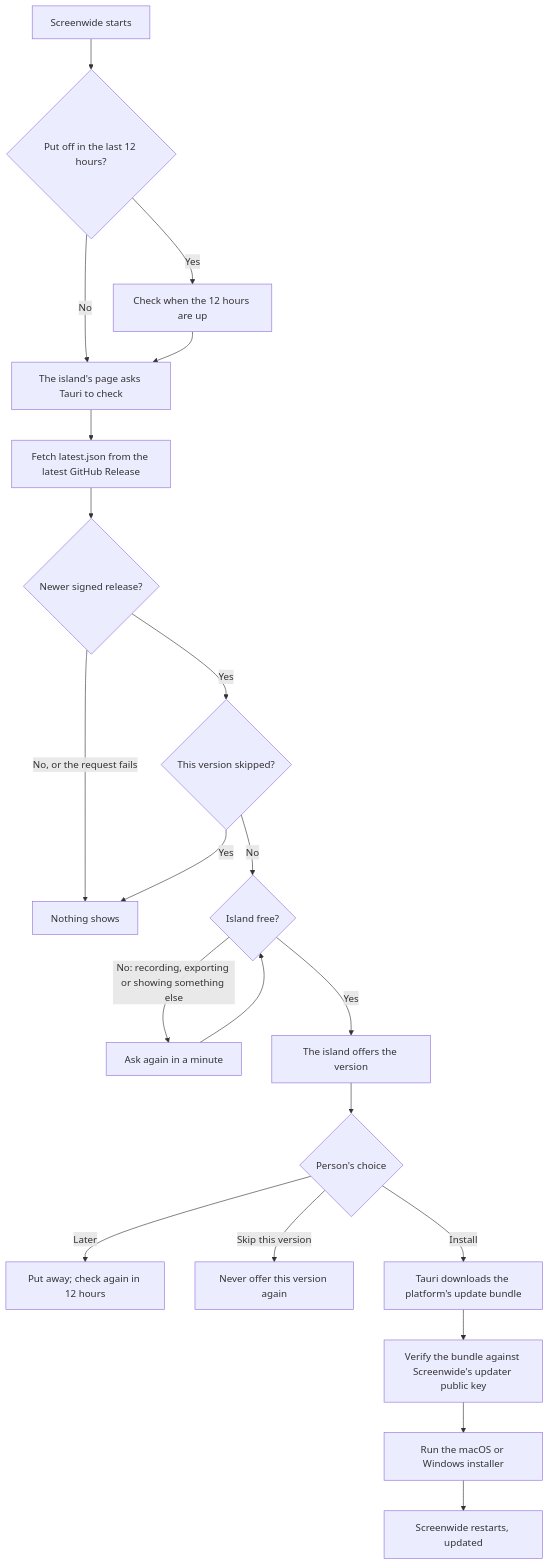
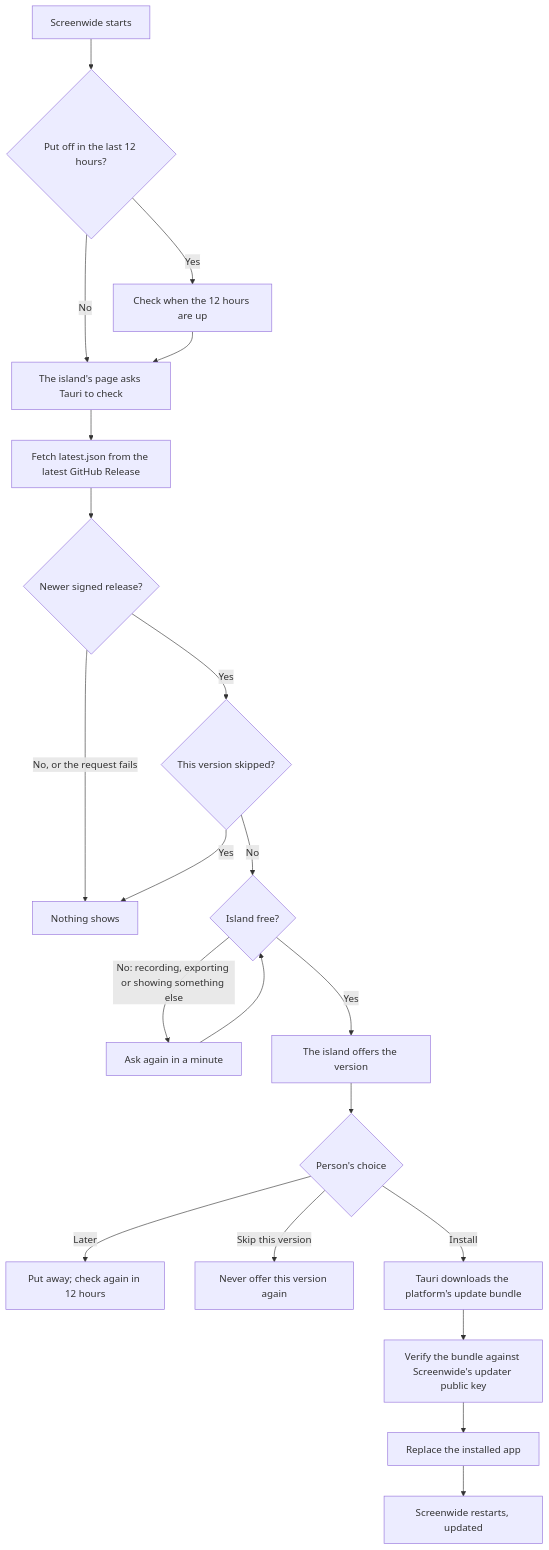
The diagram in RELEASING.md (overpolish/screenwide), drawn with Mermaid before and after one commit. The commit also changed other lines of this file and 8 other files, not shown here.

````diff
--- a/RELEASING.md
+++ b/RELEASING.md
@@ -14,23 +14,23 @@
 ```mermaid
 flowchart TD
     launch["Screenwide starts"] --> cooldown{"Put off in the last 12 hours?"}
     cooldown -- "Yes" --> wait["Check when the 12 hours are up"]
     cooldown -- "No" --> check["The island's page asks Tauri to check"]
     wait --> check
     check --> metadata["Fetch latest.json from the latest GitHub Release"]
     metadata --> available{"Newer signed release?"}
     available -- "No, or the request fails" --> quiet["Nothing shows"]
     available -- "Yes" --> skipped{"This version skipped?"}
     skipped -- "Yes" --> quiet
     skipped -- "No" --> free{"Island free?"}
     free -- "No: recording, exporting or showing something else" --> retry["Ask again in a minute"]
     retry --> free
     free -- "Yes" --> offer["The island offers the version"]
     offer --> choice{"Person's choice"}
     choice -- "Later" --> remind["Put away; check again in 12 hours"]
     choice -- "Skip this version" --> skip["Never offer this version again"]
     choice -- "Install" --> download["Tauri downloads the platform's update bundle"]
     download --> verify["Verify the bundle against Screenwide's updater public key"]
-    verify --> install["Run the macOS or Windows installer"]
+    verify --> install["Replace the installed app"]
     install --> restart["Screenwide restarts, updated"]
 ```
````
